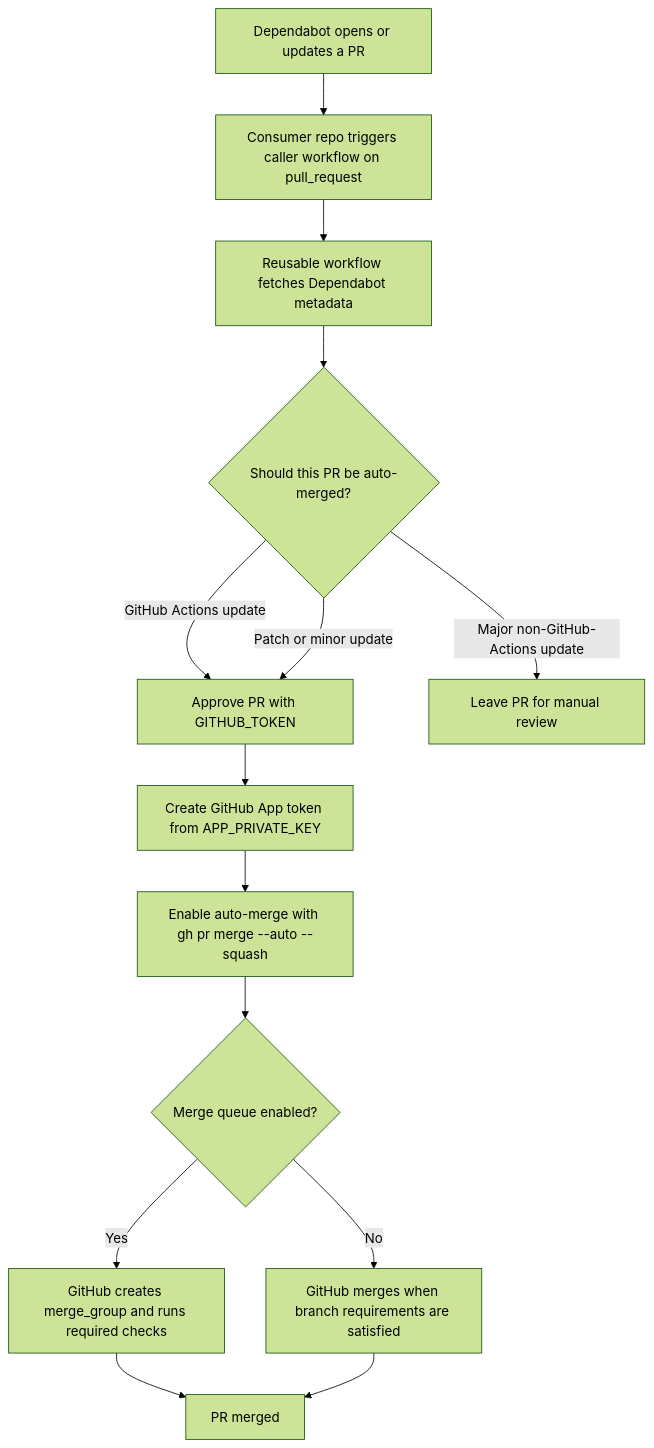
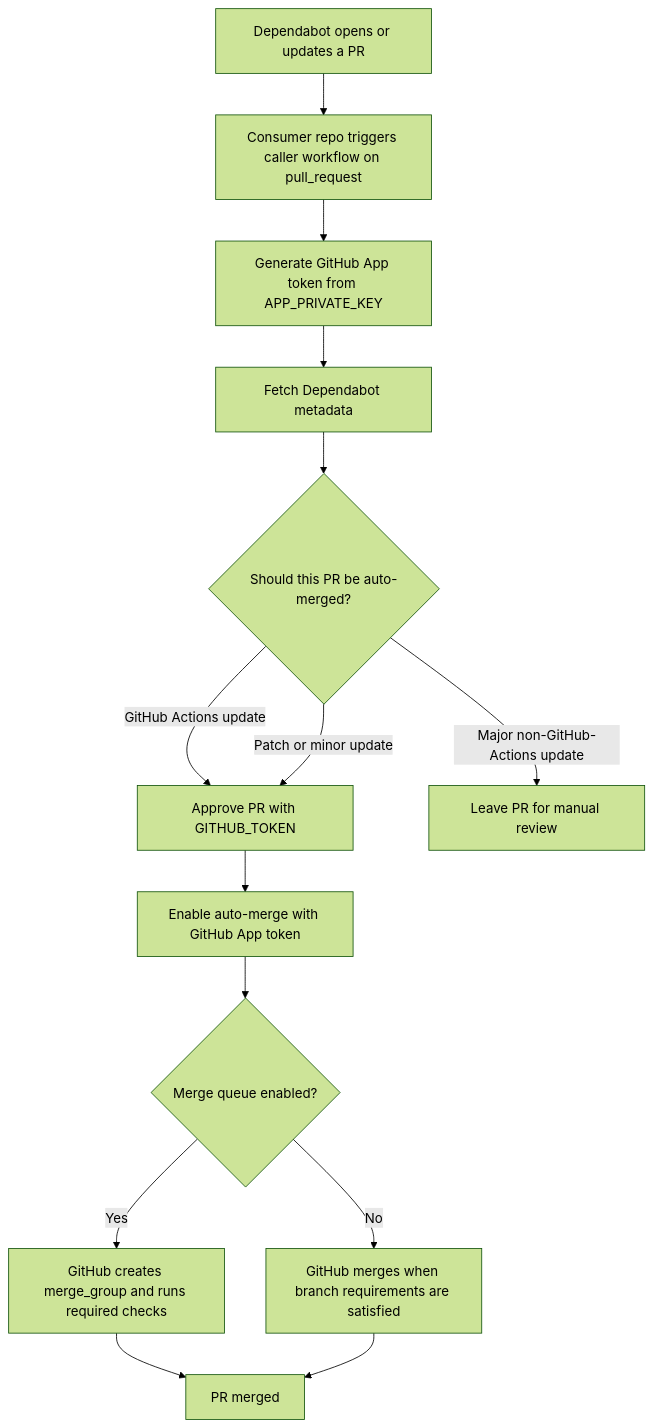
Before and after one commit to navikt/teamesyfo-github-actions-workflows: the diagram in docs/dependabot-automerge.md, drawn with Mermaid (forest theme). The commit also changed other lines of this file, not shown here.

Commit message:
docs(automerge): fix step order to match workflow implementation
Token generation happens before metadata fetch and policy decision, not after approval. Updated both Mermaid diagram and numbered steps.

````diff
--- a/docs/dependabot-automerge.md
+++ b/docs/dependabot-automerge.md
@@ -7,16 +7,16 @@
 ```mermaid
 flowchart TD
     A[Dependabot opens or updates a PR] --> B[Consumer repo triggers caller workflow on pull_request]
-    B --> C[Reusable workflow fetches Dependabot metadata]
-    C --> D{Should this PR be auto-merged?}
-    D -->|GitHub Actions update| E[Approve PR with GITHUB_TOKEN]
-    D -->|Patch or minor update| E
-    D -->|Major non-GitHub-Actions update| F[Leave PR for manual review]
-    E --> G[Create GitHub App token from APP_PRIVATE_KEY]
-    G --> H[Enable auto-merge with gh pr merge --auto --squash]
+    B --> C[Generate GitHub App token from APP_PRIVATE_KEY]
+    C --> D[Fetch Dependabot metadata]
+    D --> E{Should this PR be auto-merged?}
+    E -->|GitHub Actions update| F[Approve PR with GITHUB_TOKEN]
+    E -->|Patch or minor update| F
+    E -->|Major non-GitHub-Actions update| G[Leave PR for manual review]
+    F --> H[Enable auto-merge with GitHub App token]
     H --> I{Merge queue enabled?}
     I -->|Yes| J[GitHub creates merge_group and runs required checks]
     I -->|No| K[GitHub merges when branch requirements are satisfied]
     J --> L[PR merged]
     K --> L
 ```
````
